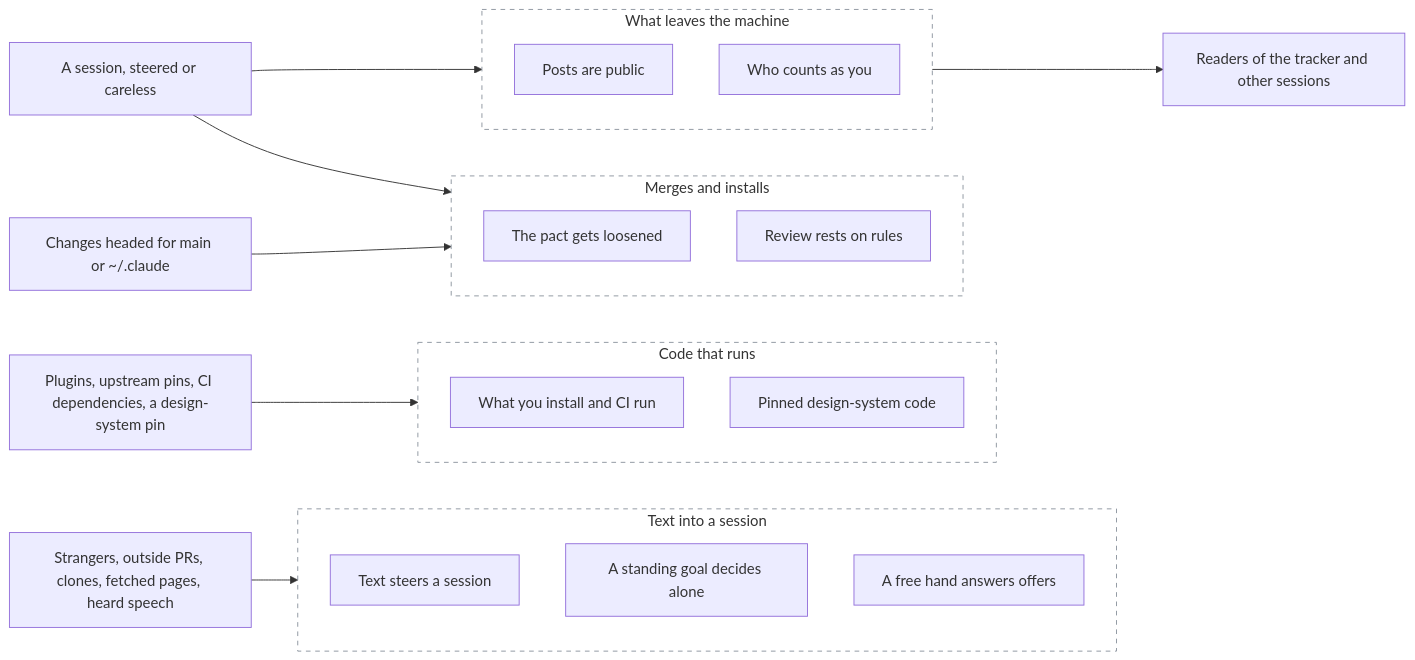
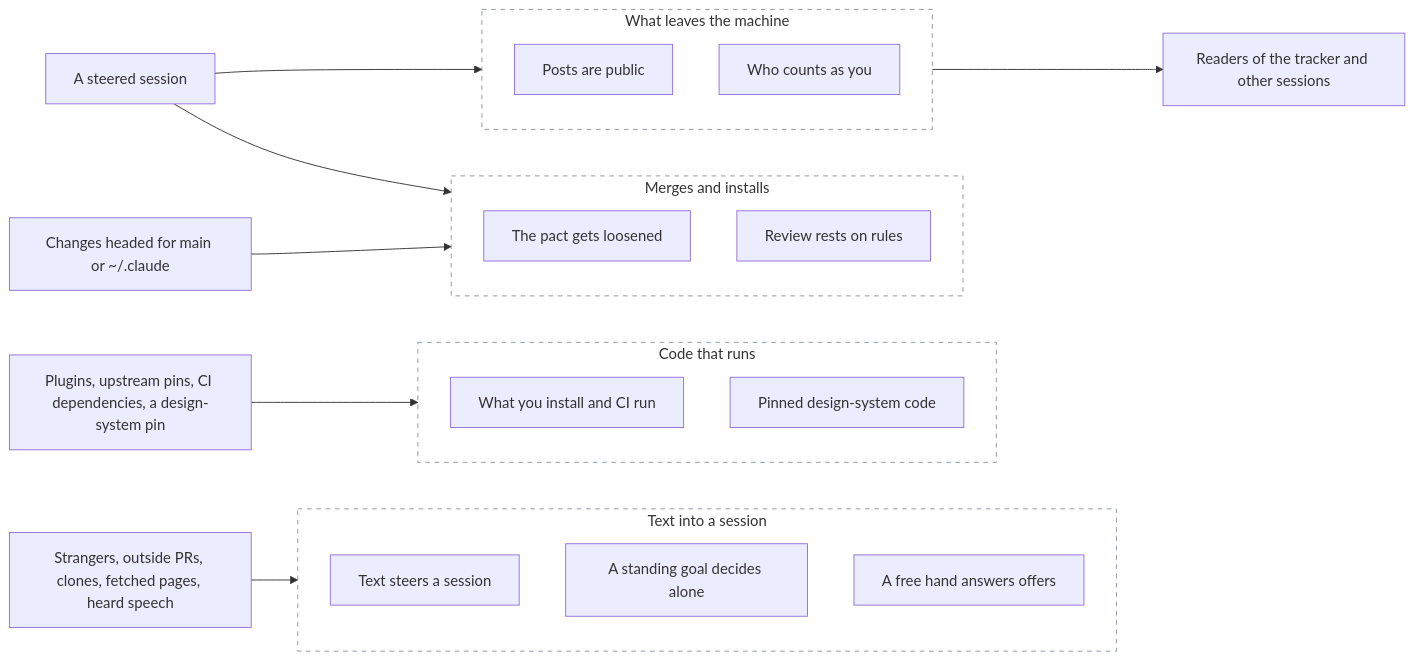
One commit to mephistopheles4/the-pact changed the first of 2 diagrams in docs/threat-model.md. Above: the diagram before and after it, drawn with Mermaid. The commit also changed other lines of this file and 11 other files, not shown here.

````diff
--- a/docs/threat-model.md
+++ b/docs/threat-model.md
@@ -21,38 +21,38 @@
 ```mermaid
 flowchart LR
   outside["Strangers, outside PRs, clones, fetched pages, heard speech"]
   upstream["Plugins, upstream pins, CI dependencies, a design-system pin"]
   owner["Changes headed for main or ~/.claude"]
-  session["A session, steered or careless"]
+  session["A steered session"]
   readers["Readers of the tracker and other sessions"]
 
   subgraph B1["Text into a session"]
     T1["Text steers a session"]
     T2["A standing goal decides alone"]
     T3["A free hand answers offers"]
   end
   subgraph B2["Code that runs"]
     T4["What you install and CI run"]
     T5["Pinned design-system code"]
   end
   subgraph B3["Merges and installs"]
     T6["The pact gets loosened"]
     T7["Review rests on rules"]
   end
   subgraph B4["What leaves the machine"]
     T8["Posts are public"]
     T9["Who counts as you"]
   end
 
   outside --> B1
   upstream --> B2
   session --> B3
   owner --> B3
   session --> B4
   B4 --> readers
 
   style B1 fill:transparent,stroke:#8c959f,stroke-dasharray: 5 5
   style B2 fill:transparent,stroke:#8c959f,stroke-dasharray: 5 5
   style B3 fill:transparent,stroke:#8c959f,stroke-dasharray: 5 5
   style B4 fill:transparent,stroke:#8c959f,stroke-dasharray: 5 5
 ```
````
